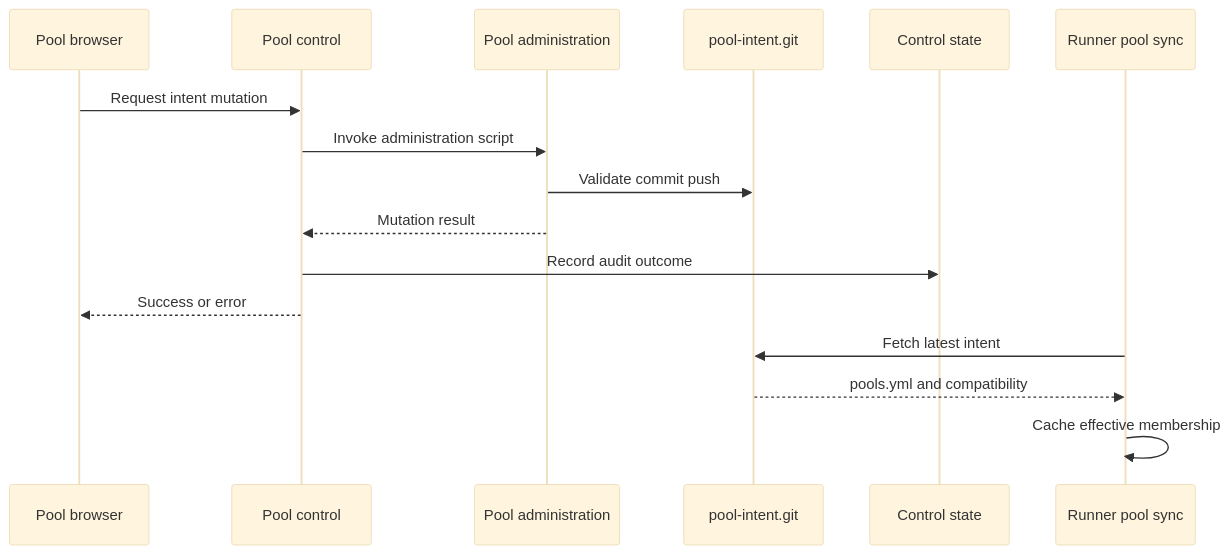
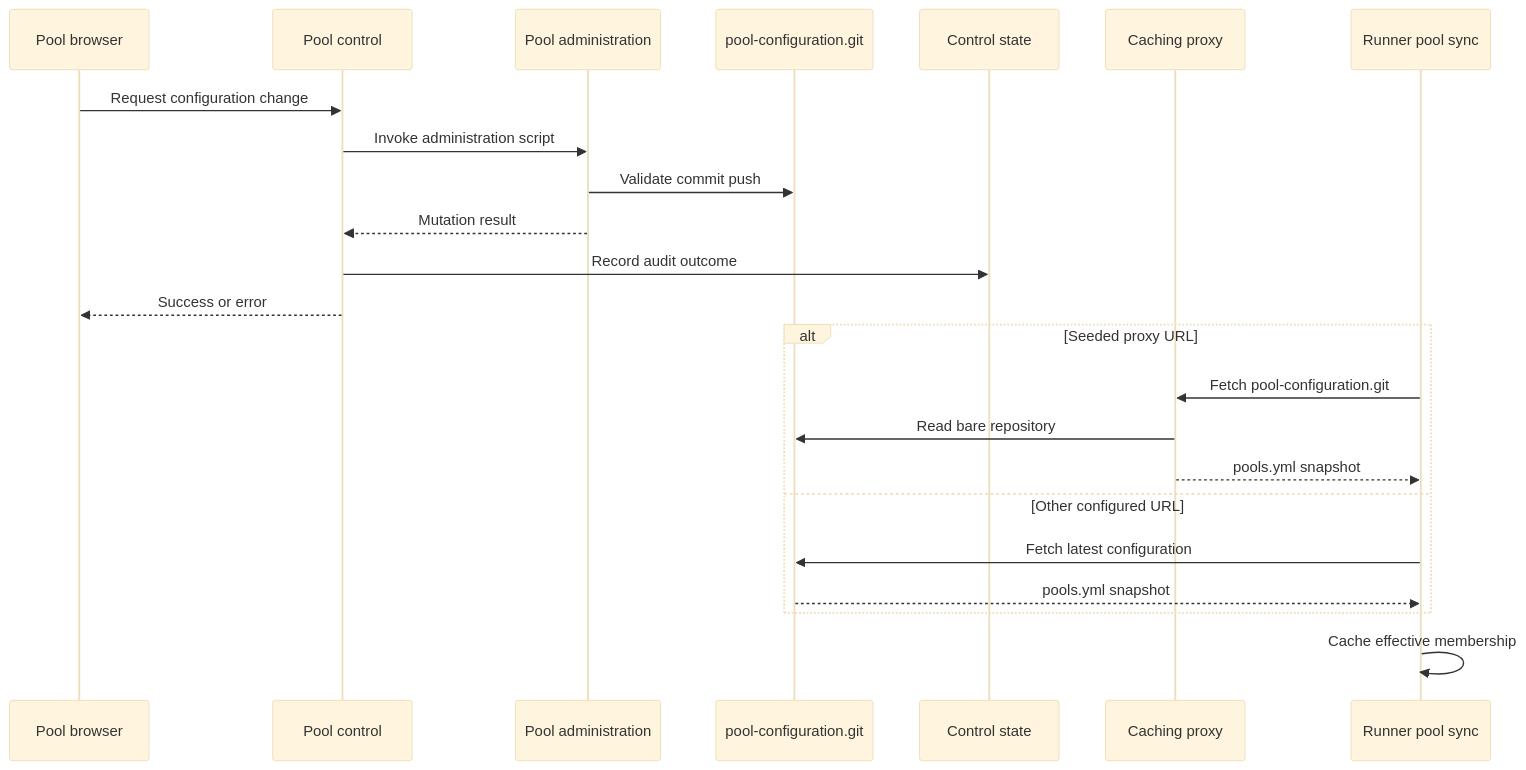
Before and after one commit to alissonsol/yuruna: the ninth of 10 diagrams in docs/design/03-data-flows.md, drawn with Mermaid (base theme). The commit also changed other lines of this file and 1409 other files, not shown here.

````diff
--- a/docs/design/03-data-flows.md
+++ b/docs/design/03-data-flows.md
@@ -266,18 +322,25 @@
 ```mermaid
 sequenceDiagram
     participant pools-js as Pool browser
     participant pool-control-service as Pool control
     participant test-pool as Pool administration
-    participant pool-intent-git as pool-intent.git
+    participant pool-configuration-git as pool-configuration.git
     participant pool-control-service-state-go as Control state
+    participant caching-proxy-service as Caching proxy
     participant test-pool-sync-psm1 as Runner pool sync
-    pools-js->>pool-control-service: Request intent mutation
+    pools-js->>pool-control-service: Request configuration change
     pool-control-service->>test-pool: Invoke administration script
-    test-pool->>pool-intent-git: Validate commit push
+    test-pool->>pool-configuration-git: Validate commit push
     test-pool-->>pool-control-service: Mutation result
     pool-control-service->>pool-control-service-state-go: Record audit outcome
     pool-control-service-->>pools-js: Success or error
-    test-pool-sync-psm1->>pool-intent-git: Fetch latest intent
-    pool-intent-git-->>test-pool-sync-psm1: pools.yml and compatibility
+    alt Seeded proxy URL
+        test-pool-sync-psm1->>caching-proxy-service: Fetch pool-configuration.git
+        caching-proxy-service->>pool-configuration-git: Read bare repository
+        caching-proxy-service-->>test-pool-sync-psm1: pools.yml snapshot
+    else Other configured URL
+        test-pool-sync-psm1->>pool-configuration-git: Fetch latest configuration
+        pool-configuration-git-->>test-pool-sync-psm1: pools.yml snapshot
+    end
     test-pool-sync-psm1->>test-pool-sync-psm1: Cache effective membership
 ```
````
